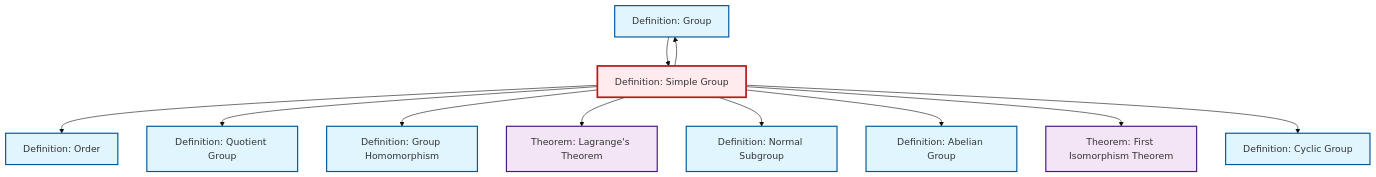
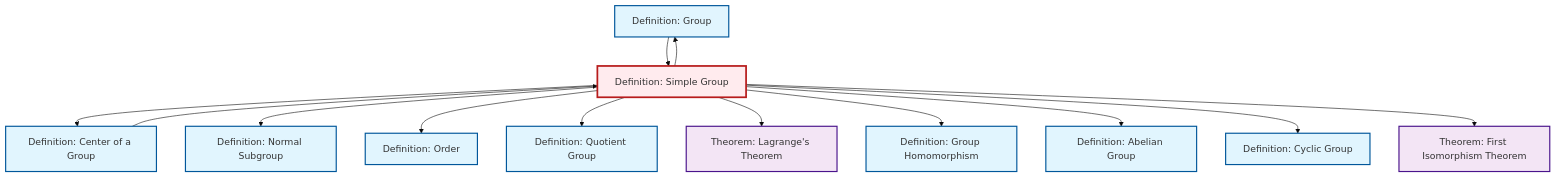
One commit to RK0429/ModernMath changed the diagram in content/en/algebra/def-simple-group.qmd. Above: the diagram before and after it, drawn with Mermaid (base theme). The commit also changed other lines of this file and 634 other files, not shown here.

````diff
--- a/content/en/algebra/def-simple-group.qmd
+++ b/content/en/algebra/def-simple-group.qmd
@@ -96,39 +97,43 @@
 ```{mermaid}
 %%| fig-cap: "Local dependency graph"
 graph TD
     classDef definition fill:#e1f5fe,stroke:#01579b,stroke-width:2px
     classDef theorem fill:#f3e5f5,stroke:#4a148c,stroke-width:2px
     classDef axiom fill:#fff3e0,stroke:#e65100,stroke-width:2px
     classDef example fill:#e8f5e9,stroke:#1b5e20,stroke-width:2px
     classDef current fill:#ffebee,stroke:#b71c1c,stroke-width:3px
-    def-normal-subgroup["Definition: Normal Subgroup"]:::definition
+    def-group["Definition: Group"]:::definition
     def-abelian-group["Definition: Abelian Group"]:::definition
     thm-lagrange["Theorem: Lagrange's Theorem"]:::theorem
-    def-group["Definition: Group"]:::definition
+    def-simple-group["Definition: Simple Group"]:::definition
+    def-center-of-group["Definition: Center of a Group"]:::definition
+    def-quotient-group["Definition: Quotient Group"]:::definition
     def-cyclic-group["Definition: Cyclic Group"]:::definition
-    thm-first-isomorphism["Theorem: First Isomorphism Theorem"]:::theorem
-    def-quotient-group["Definition: Quotient Group"]:::definition
+    def-normal-subgroup["Definition: Normal Subgroup"]:::definition
     def-order["Definition: Order"]:::definition
     def-homomorphism["Definition: Group Homomorphism"]:::definition
-    def-simple-group["Definition: Simple Group"]:::definition
+    thm-first-isomorphism["Theorem: First Isomorphism Theorem"]:::theorem
+    def-simple-group --> def-center-of-group
+    def-simple-group --> def-normal-subgroup
     def-simple-group --> def-order
     def-simple-group --> def-quotient-group
+    def-simple-group --> thm-lagrange
     def-simple-group --> def-homomorphism
-    def-simple-group --> thm-lagrange
-    def-simple-group --> def-normal-subgroup
+    def-simple-group --> def-group
     def-simple-group --> def-abelian-group
+    def-simple-group --> def-cyclic-group
+    def-center-of-group --> def-simple-group
+    def-group --> def-simple-group
     def-simple-group --> thm-first-isomorphism
-    def-simple-group --> def-group
-    def-group --> def-simple-group
-    def-simple-group --> def-cyclic-group
     class def-simple-group current
-    click def-normal-subgroup "def-normal-subgroup.html" "Go to Normal Subgroup definition"
+    click def-group "def-group.html" "Go to Group definition"
     click def-abelian-group "def-abelian-group.html" "Go to Abelian Group definition"
     click thm-lagrange "thm-lagrange.html" "Go to Lagrange's Theorem theorem"
-    click def-group "def-group.html" "Go to Group definition"
+    click def-center-of-group "def-center-of-group.html" "Go to Center of a Group definition"
+    click def-quotient-group "def-quotient-group.html" "Go to Quotient Group definition"
     click def-cyclic-group "def-cyclic-group.html" "Go to Cyclic Group definition"
-    click thm-first-isomorphism "thm-first-isomorphism.html" "Go to First Isomorphism Theorem theorem"
-    click def-quotient-group "def-quotient-group.html" "Go to Quotient Group definition"
+    click def-normal-subgroup "def-normal-subgroup.html" "Go to Normal Subgroup definition"
     click def-order "def-order.html" "Go to Order definition"
     click def-homomorphism "def-homomorphism.html" "Go to Group Homomorphism definition"
+    click thm-first-isomorphism "thm-first-isomorphism.html" "Go to First Isomorphism Theorem theorem"
 ```
````
